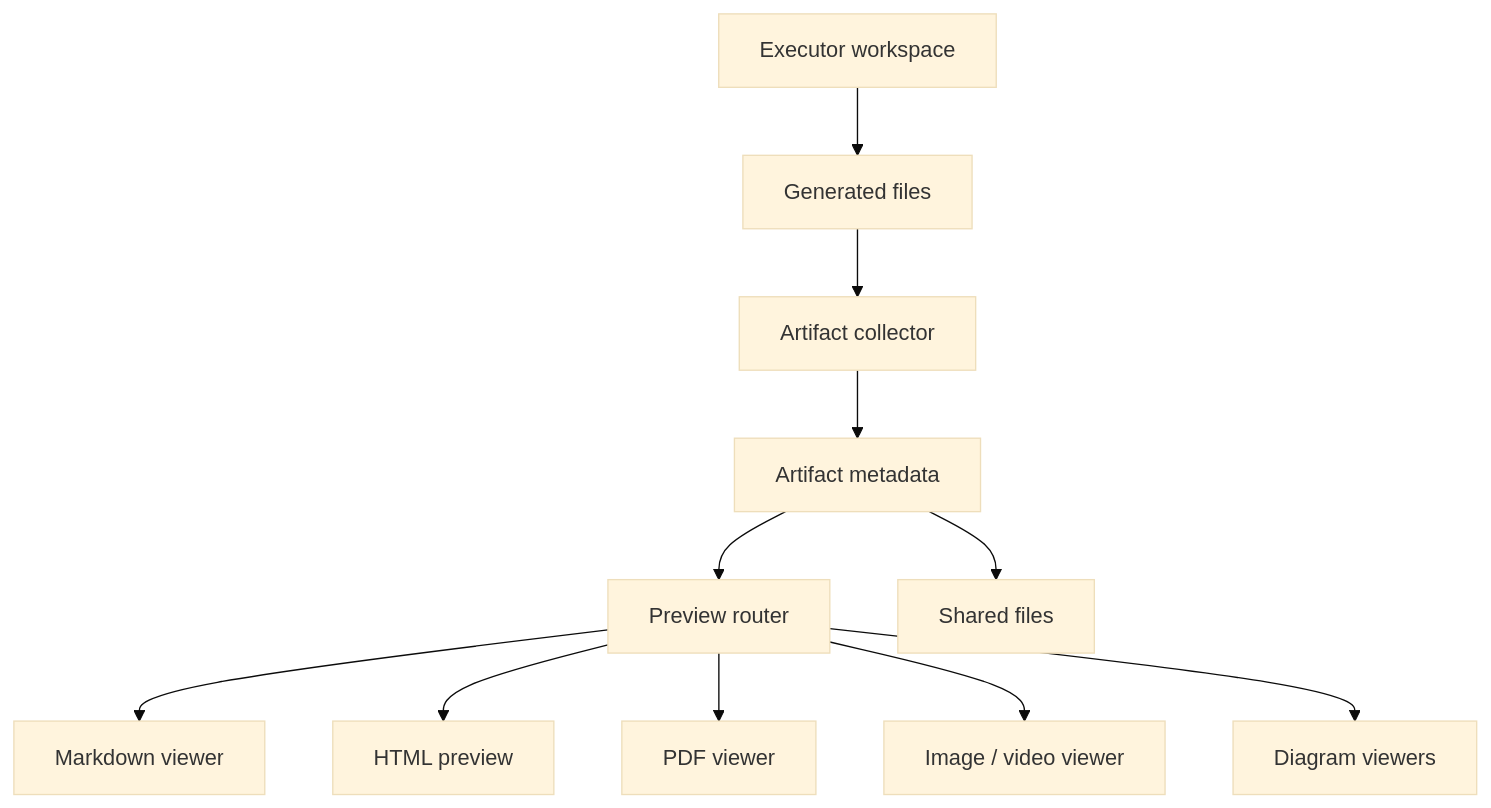
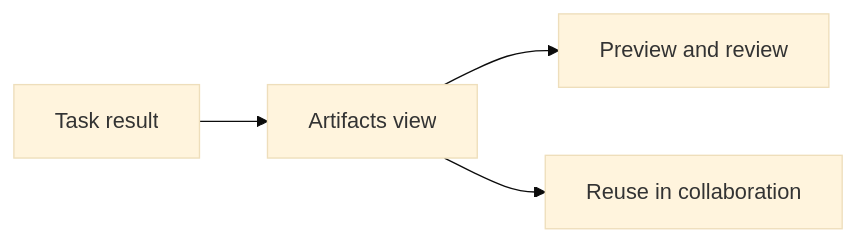
Before and after one commit to ffy6511/poco-docs-vercel: the diagram in content/docs/en/features/beautiful-interface/artifacts.mdx, drawn with Mermaid (base theme). The commit also changed other lines of this file and 5 other files, not shown here.

````diff
--- a/content/docs/en/features/beautiful-interface/artifacts.mdx
+++ b/content/docs/en/features/beautiful-interface/artifacts.mdx
@@ -12,13 +12,6 @@
 ```mermaid
-flowchart TD
-    A["Executor workspace"] --> B["Generated files"]
-    B --> C["Artifact collector"]
-    C --> D["Artifact metadata"]
-    D --> E["Preview router"]
-    E --> F["Markdown viewer"]
-    E --> G["HTML preview"]
-    E --> H["PDF viewer"]
-    E --> I["Image / video viewer"]
-    E --> J["Diagram viewers"]
-    D --> K["Shared files"]
+flowchart LR
+    A["Task result"] --> B["Artifacts view"]
+    B --> C["Preview and review"]
+    B --> D["Reuse in collaboration"]
 ```
````
